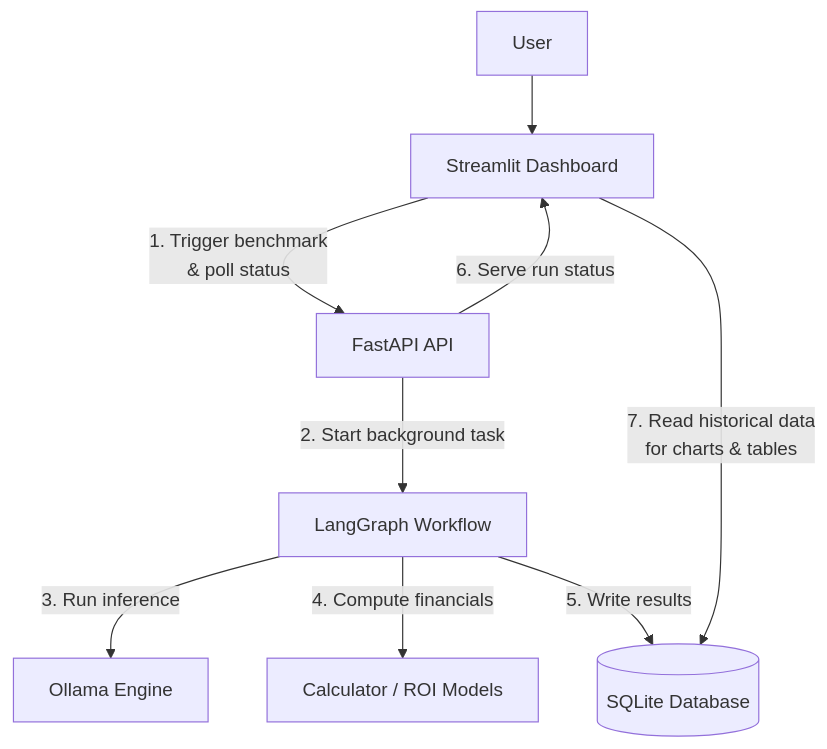
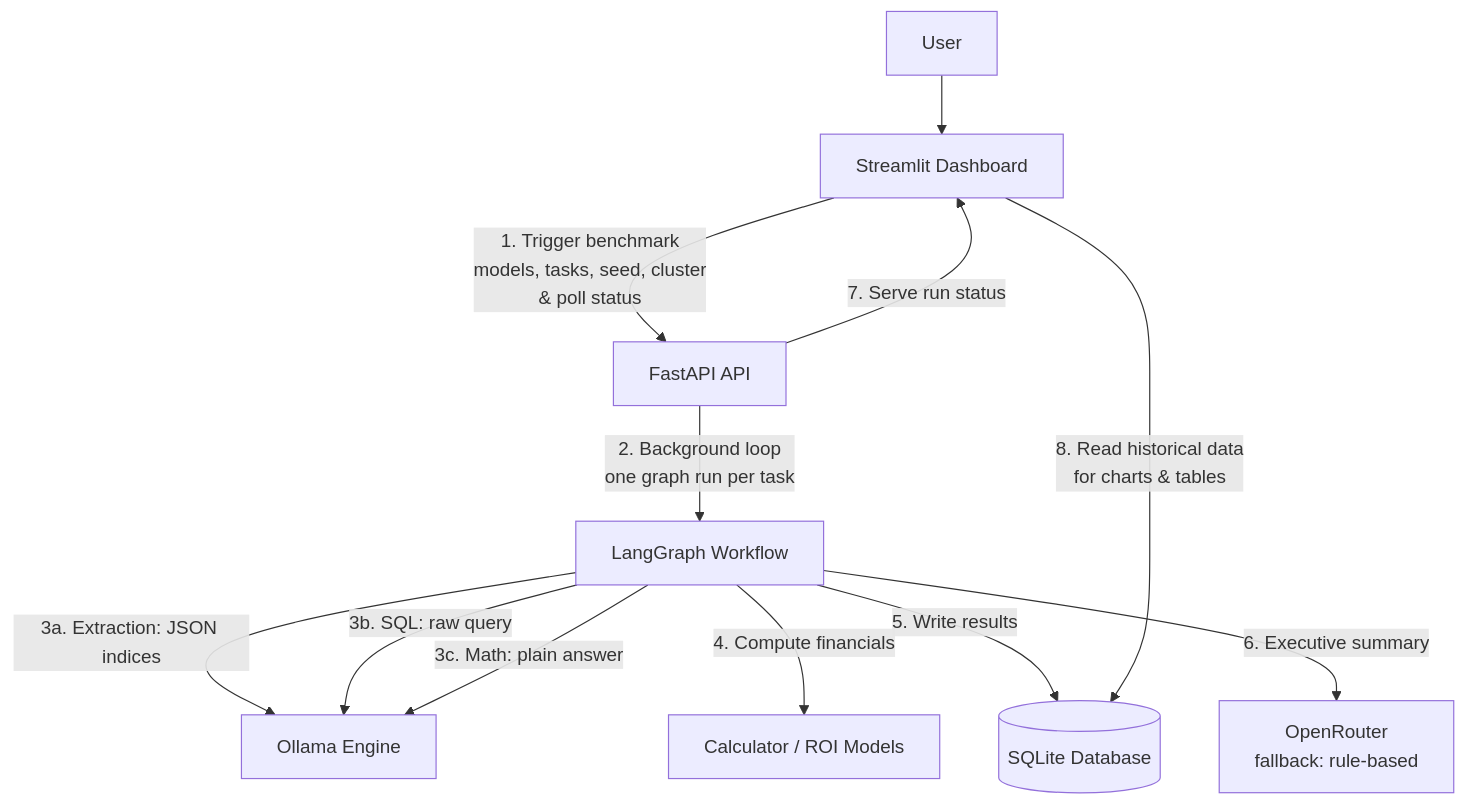
One commit to YoussefHarrabii/ModelRoi-v0 changed the diagram in README.MD. Above: the diagram before and after it, drawn with Mermaid. The commit also changed other lines of this file and 34 other files, not shown here.

Commit message:
3-task benchmark suite with ROI engine and dashboard

````diff
--- a/README.MD
+++ b/README.MD
@@ -25,12 +25,15 @@
 ```mermaid
 flowchart TD
     User[User] --> Dashboard[Streamlit Dashboard]
-    Dashboard -->|1. Trigger benchmark<br>& poll status| API[FastAPI API]
-    API -->|2. Start background task| Worker[LangGraph Workflow]
-    Worker -->|3. Run inference| Ollama[Ollama Engine]
+    Dashboard -->|1. Trigger benchmark<br>models, tasks, seed, cluster<br>& poll status| API[FastAPI API]
+    API -->|2. Background loop<br>one graph run per task| Worker[LangGraph Workflow]
+    Worker -->|3a. Extraction: JSON indices| Ollama[Ollama Engine]
+    Worker -->|3b. SQL: raw query| Ollama
+    Worker -->|3c. Math: plain answer| Ollama
     Worker -->|4. Compute financials| Calc[Calculator / ROI Models]
     Worker -->|5. Write results| DB[(SQLite Database)]
-    API -->|6. Serve run status| Dashboard
-    Dashboard -->|7. Read historical data<br>for charts & tables| DB
+    Worker -->|6. Executive summary| Cloud[OpenRouter<br>fallback: rule-based]
+    API -->|7. Serve run status| Dashboard
+    Dashboard -->|8. Read historical data<br>for charts & tables| DB
 
 ```
````
